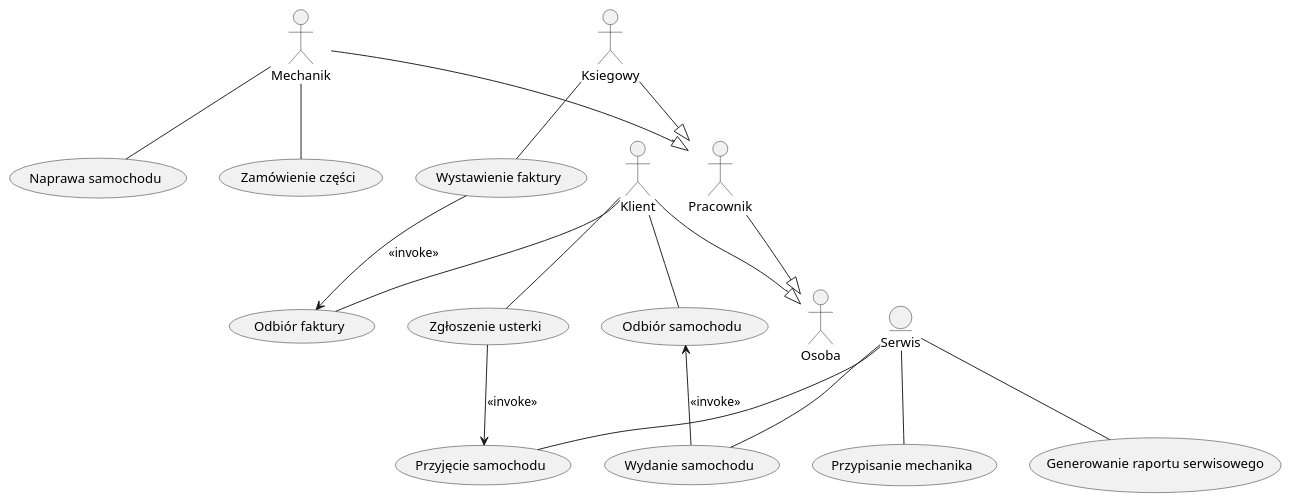
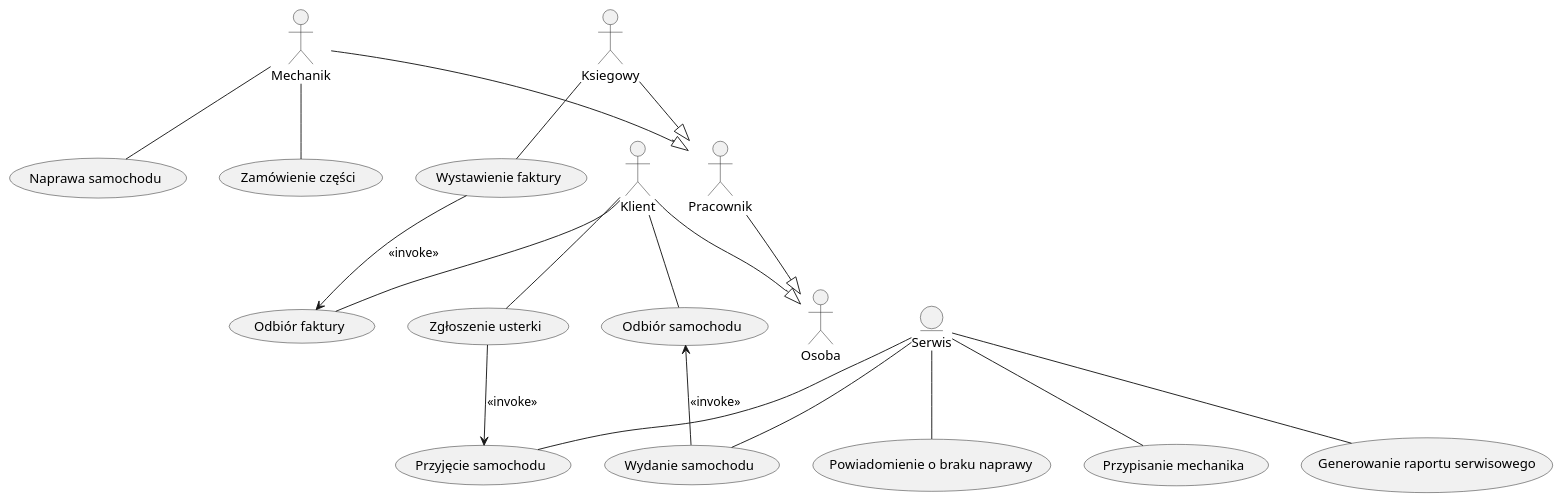
One commit to theWebCookie/uml changed the diagram in serwis_sam_usecase.plantuml. Above: the diagram before and after it, drawn with PlantUML. The commit also changed 3 other files, not shown here.

```diff
--- a/serwis_sam_usecase.plantuml
+++ b/serwis_sam_usecase.plantuml
@@ -1,42 +1,44 @@
 @startuml "serwis_samochodowy_diagram_przypadkow_uzycia"
 
 actor Klient as K
 actor Mechanik as M
 actor Ksiegowy as Ks
 entity Serwis as S
 actor Osoba as O
 actor Pracownik as P
 
 K --|> O
 P --|> O
 Ks --|> P
 M --|> P
 
 usecase "Przypisanie mechanika" as przy_mech
 usecase "Zamówienie części" as zam_czesc
 usecase "Zgłoszenie usterki" as zgl_ust
 usecase "Odbiór faktury" as odb_fakt
 usecase "Odbiór samochodu" as odb_samo
 usecase "Naprawa samochodu" as nap_samo
 usecase "Przyjęcie samochodu" as przy_samo
 usecase "Wydanie samochodu" as wyd_samo
 usecase "Generowanie raportu serwisowego" as gen_rap
 usecase "Wystawienie faktury" as wys_fakt
+usecase "Powiadomienie o braku naprawy" as brak_nap
 
 S -- przy_mech
 M -- zam_czesc
 K -- zgl_ust
 K -- odb_fakt
 K -- odb_samo
 M -- nap_samo
 S -- przy_samo
 S -- wyd_samo
 S -- gen_rap
 Ks -- wys_fakt
+S -- brak_nap
 
 wys_fakt --> odb_fakt: <<invoke>>
 odb_samo <-- wyd_samo: <<invoke>>
 zgl_ust --> przy_samo: <<invoke>>
 
 
 @enduml
```
